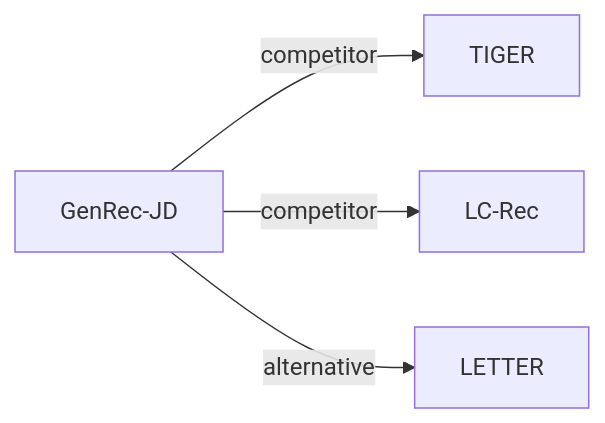
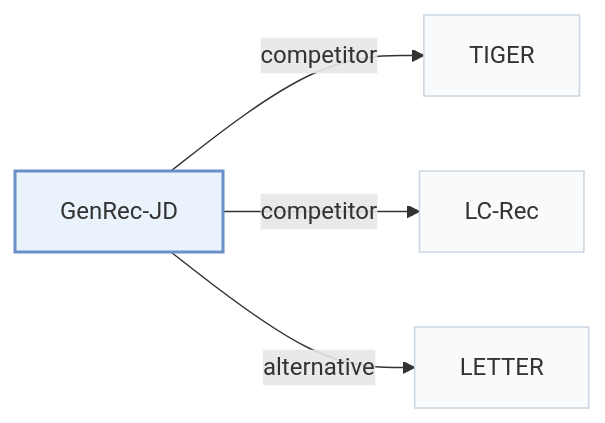
The second of 2 diagrams in pages/papers/genrec-jd.md (Galaxy-ghost/Awesome-SID-Generative-Rec), drawn with Mermaid before and after one commit. The commit also changed other lines of this file and 649 other files, not shown here.

Commit message:
writer-05: also tags and modality index (schema, check, build, visuals); summary field removed; calibration data for 12 papers

````diff
--- a/pages/papers/genrec-jd.md
+++ b/pages/papers/genrec-jd.md
@@ -67,7 +74,11 @@
 ```mermaid
 flowchart LR
     P["GenRec-JD"]
-    P -->|competitor| A["TIGER"]
-    P -->|competitor| B["LC-Rec"]
-    P -->|alternative| C["LETTER"]
+    P -->|"competitor"| A["TIGER"]
+    P -->|"competitor"| B["LC-Rec"]
+    P -->|"alternative"| C["LETTER"]
+    classDef main fill:#eaf2fb,stroke:#6b8fc7,stroke-width:2px
+    classDef peer fill:#f8fafc,stroke:#cbd5e1
+    class P main
+    class A,B,C peer
 ```
````
